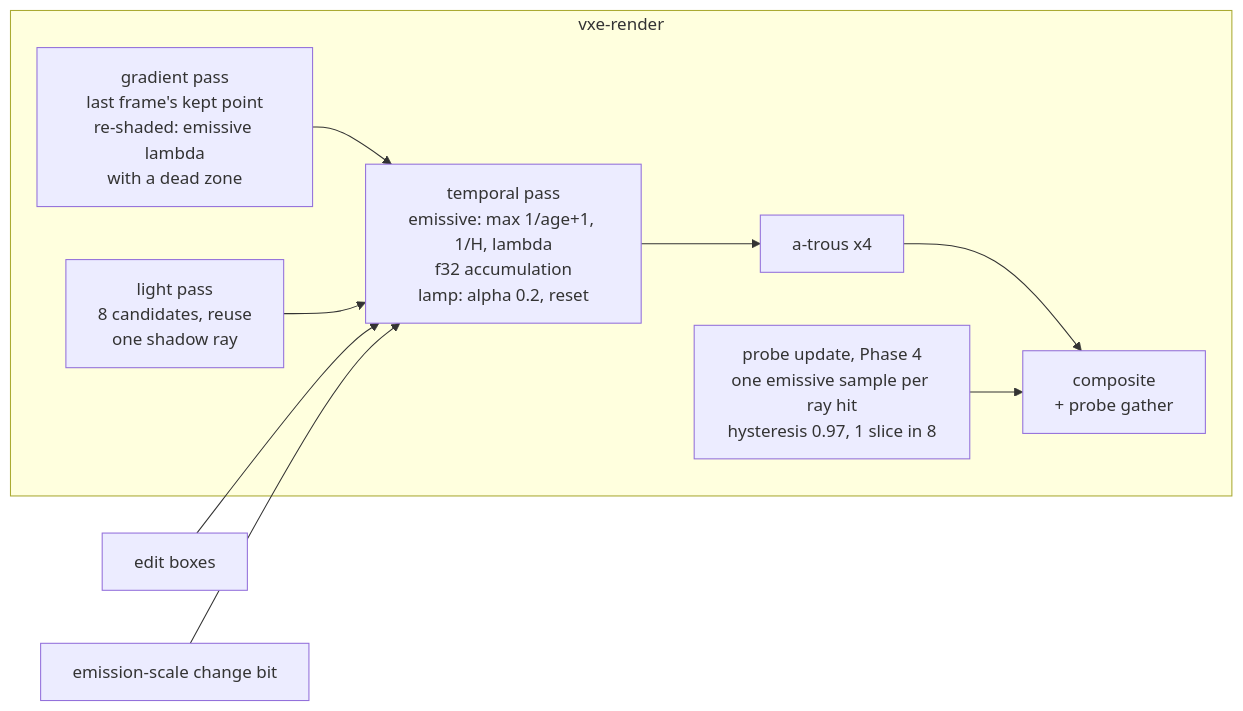
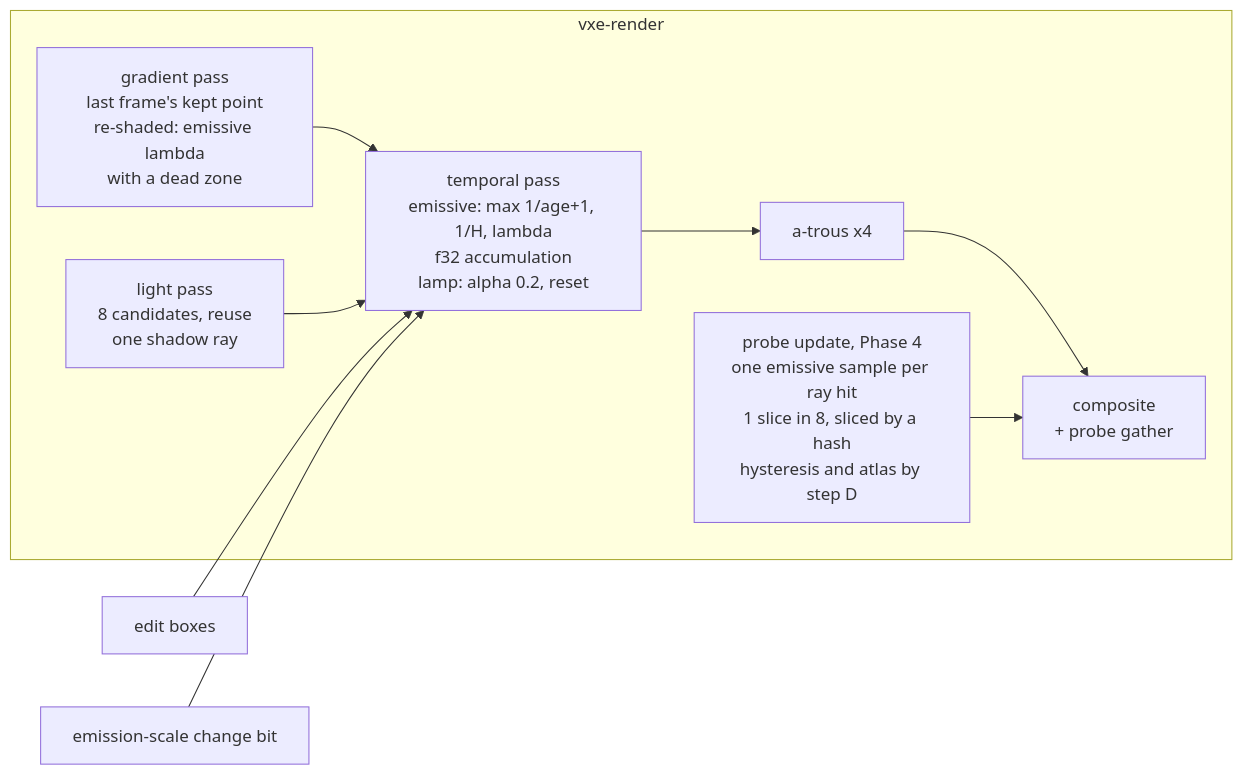
The diagram in docs/plans/0047-emissive-light-holds-still-long-guarded-history.md (IgorKonovalov/voxel-engine), drawn with Mermaid before and after one commit. The commit also changed other lines of this file, not shown here.

First line of the commit message:
docs(plans): amend plan 0047 phase 4 steps C and D, partial-reveal lag accepted

````diff
--- a/docs/plans/0047-emissive-light-holds-still-long-guarded-history.md
+++ b/docs/plans/0047-emissive-light-holds-still-long-guarded-history.md
@@ -142,12 +154,12 @@
 ```mermaid
 flowchart LR
     subgraph vxe-render
         G[gradient pass\nlast frame's kept point\nre-shaded: emissive lambda\nwith a dead zone] --> T
         L[light pass\n8 candidates, reuse\none shadow ray] --> T[temporal pass\nemissive: max 1/age+1, 1/H, lambda\nf32 accumulation\nlamp: alpha 0.2, reset]
         T --> A[a-trous x4]
         A --> C[composite\n+ probe gather]
-        P[probe update, Phase 4\none emissive sample per ray hit\nhysteresis 0.97, 1 slice in 8] --> C
+        P[probe update, Phase 4\none emissive sample per ray hit\n1 slice in 8, sliced by a hash\nhysteresis and atlas by step D] --> C
     end
     E[edit boxes] --> T
     S[emission-scale change bit] --> T
 ```
````
